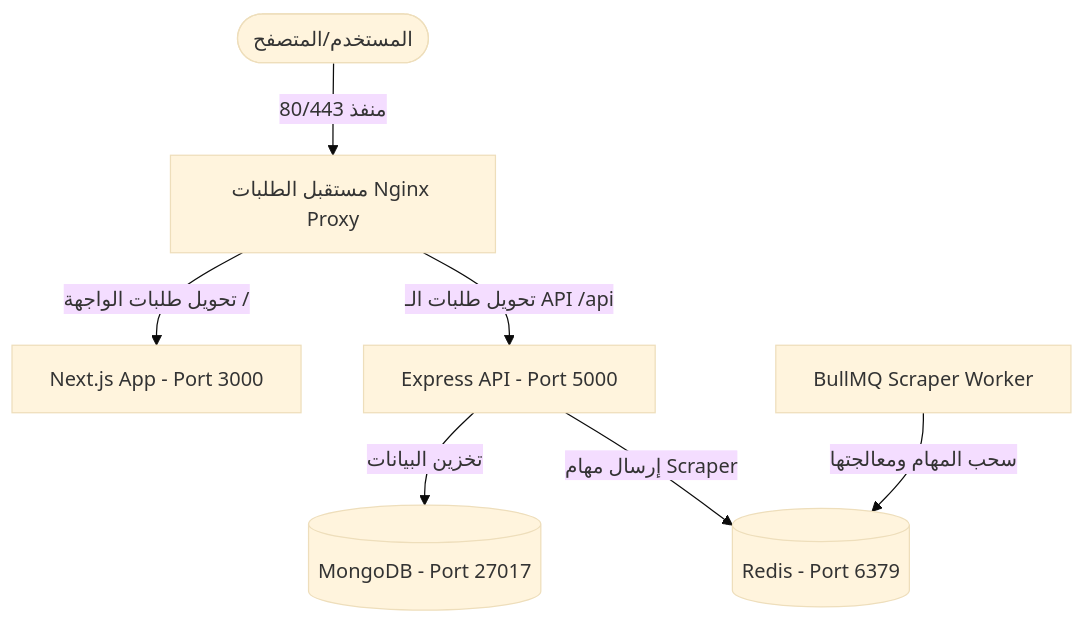
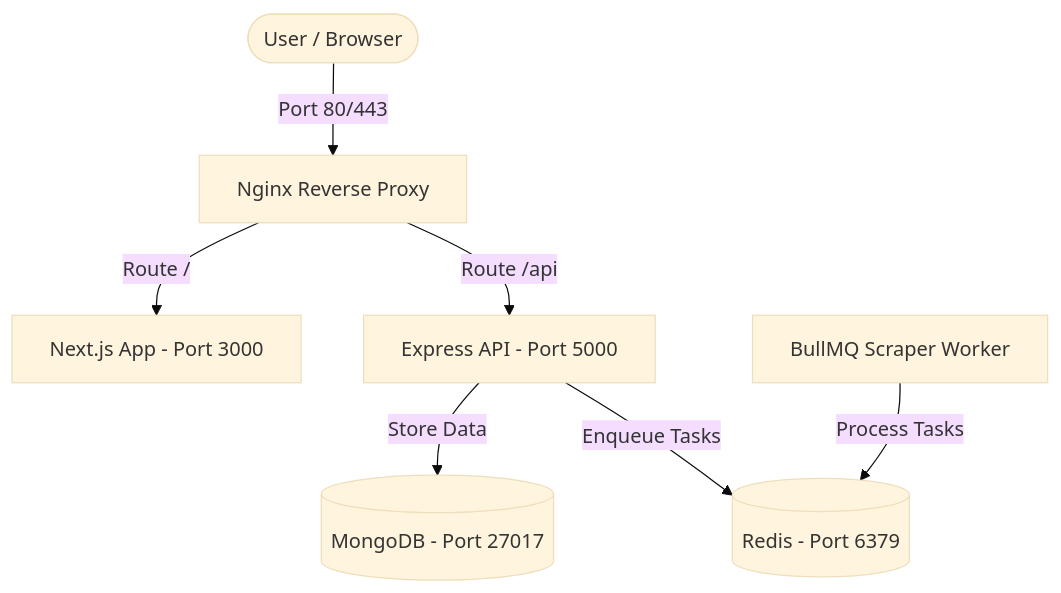
Before and after one commit to engayman2002/Studivo: the first of 2 diagrams in README.md, drawn with Mermaid (base theme). The commit also changed other lines of this file, not shown here.

````diff
--- a/README.md
+++ b/README.md
@@ -18,9 +18,9 @@
 ```mermaid
 graph TD
-    User([المستخدم/المتصفح]) -->|منفذ 80/443| Nginx[مستقبل الطلبات Nginx Proxy]
-    Nginx -->|تحويل طلبات الواجهة /| Frontend[Next.js App - Port 3000]
-    Nginx -->|تحويل طلبات الـ API /api| Backend[Express API - Port 5000]
-    Backend -->|تخزين البيانات| MongoDB[(MongoDB - Port 27017)]
-    Backend -->|إرسال مهام Scraper| Redis[(Redis - Port 6379)]
-    Worker[BullMQ Scraper Worker] -->|سحب المهام ومعالجتها| Redis
+    User([User / Browser]) -->|Port 80/443| Nginx[Nginx Reverse Proxy]
+    Nginx -->|Route /| Frontend[Next.js App - Port 3000]
+    Nginx -->|Route /api| Backend[Express API - Port 5000]
+    Backend -->|Store Data| MongoDB[(MongoDB - Port 27017)]
+    Backend -->|Enqueue Tasks| Redis[(Redis - Port 6379)]
+    Worker[BullMQ Scraper Worker] -->|Process Tasks| Redis
 ```
````
